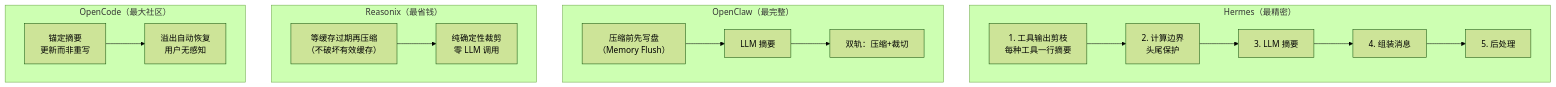
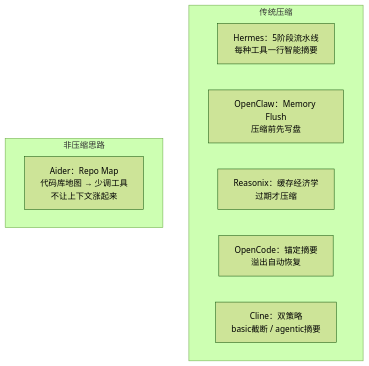
One commit to 176336109/awesome-agent-context-compression changed the second of 2 diagrams in 00-总览.md. Above: the diagram before and after it, drawn with Mermaid (forest theme). The commit also changed other lines of this file and 4 other files, not shown here.

Commit message:
新增 Aider + Cline 分析，四系统→六系统升级

````diff
--- a/00-总览.md
+++ b/00-总览.md
@@ -23,22 +23,14 @@
 ```mermaid
 graph TB
-    subgraph "Hermes（最精密）"
-        H1["1. 工具输出剪枝<br/>每种工具一行摘要"] --> H2["2. 计算边界<br/>头尾保护"]
-        H2 --> H3["3. LLM 摘要"]
-        H3 --> H4["4. 组装消息"]
-        H4 --> H5["5. 后处理"]
+    subgraph "传统压缩"
+        H1["Hermes：5阶段流水线<br/>每种工具一行智能摘要"]
+        H2["OpenClaw：Memory Flush<br/>压缩前先写盘"]
+        H3["Reasonix：缓存经济学<br/>过期才压缩"]
+        H4["OpenCode：锚定摘要<br/>溢出自动恢复"]
+        H5["Cline：双策略<br/>basic截断 / agentic摘要"]
     end
-
-    subgraph "OpenClaw（最完整）"
-        O1["压缩前先写盘<br/>（Memory Flush）"] --> O2["LLM 摘要"]
-        O2 --> O3["双轨：压缩+裁切"]
-    end
-
-    subgraph "Reasonix（最省钱）"
-        R1["等缓存过期再压缩<br/>（不破坏有效缓存）"] --> R2["纯确定性裁剪<br/>零 LLM 调用"]
-    end
-
-    subgraph "OpenCode（最大社区）"
-        C1["锚定摘要<br/>更新而非重写"] --> C2["溢出自动恢复<br/>用户无感知"]
+    
+    subgraph "非压缩思路"
+        A1["Aider：Repo Map<br/>代码库地图 → 少调工具<br/>不让上下文涨起来"]
     end
 ```
````
